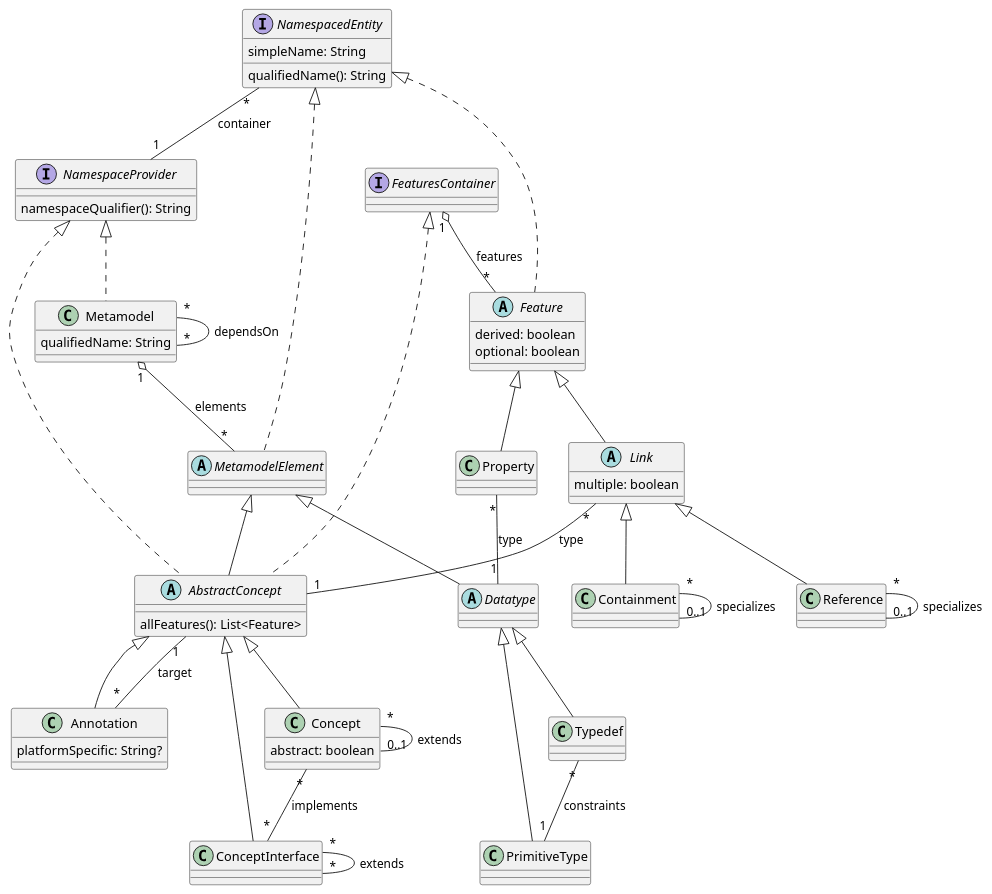
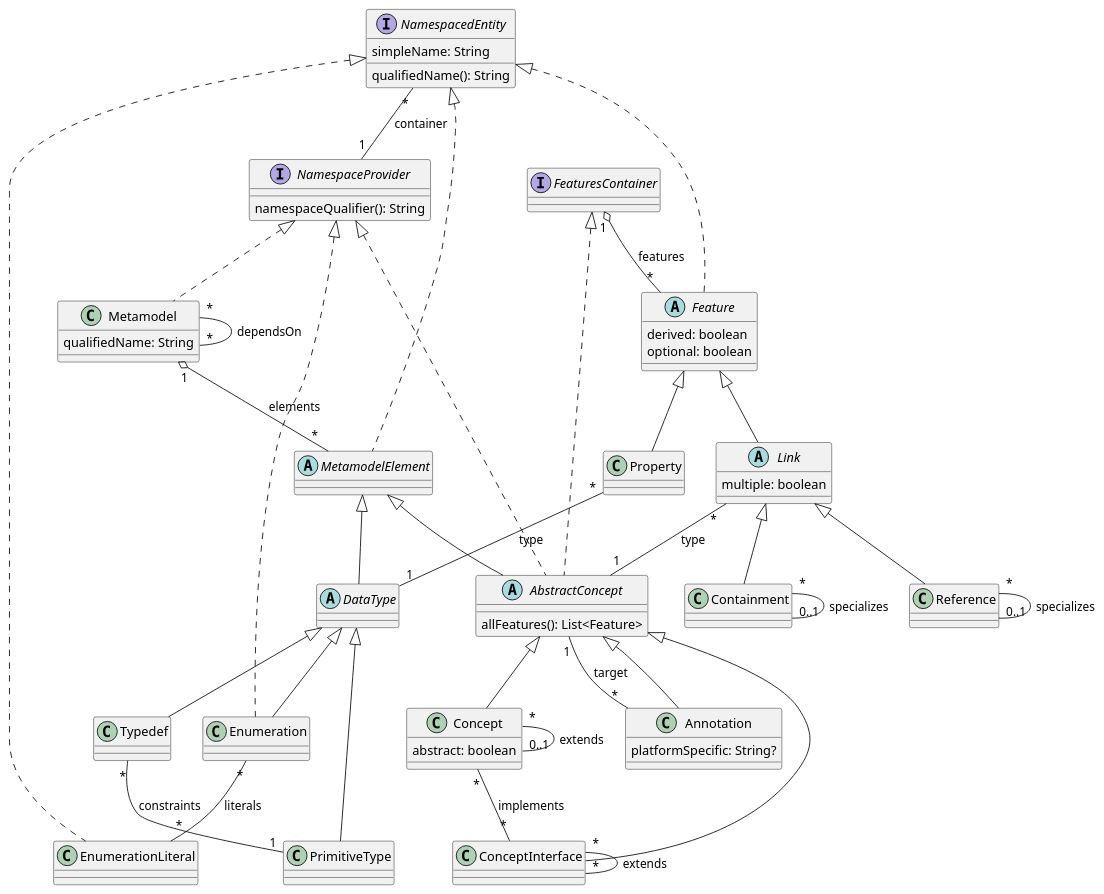
The diagram in lioncore/metametamodel.puml (LionWeb-io/specification), drawn with PlantUML before and after one commit.

Commit message:
reflected #5 (support Enums) in M3 diagram

```diff
--- a/lioncore/metametamodel.puml
+++ b/lioncore/metametamodel.puml
@@ -1,84 +1,91 @@
 @startuml
 
 
 abstract class AbstractConcept extends MetamodelElement implements FeaturesContainer, NamespaceProvider {
   allFeatures(): List<Feature>
 }
 
 class Annotation extends AbstractConcept {
   platformSpecific: String?
 }
 
 class Concept extends AbstractConcept {
   abstract: boolean
 }
 
 class ConceptInterface extends AbstractConcept
 
 class Containment extends Link
 
-abstract class Datatype extends MetamodelElement
+abstract class DataType extends MetamodelElement
 
 abstract class Feature implements NamespacedEntity {
   derived: boolean
   optional: boolean
 }
 
 interface FeaturesContainer
 
 abstract class Link extends Feature {
   multiple: boolean
 }
 
 class Metamodel implements NamespaceProvider {
   qualifiedName: String
 }
 
 abstract class MetamodelElement implements NamespacedEntity
 
 interface NamespaceProvider {
   namespaceQualifier(): String
 }
 
 interface NamespacedEntity {
   simpleName: String
   qualifiedName(): String
 }
 
-class PrimitiveType extends Datatype
+class PrimitiveType extends DataType
 
 class Property extends Feature
 
 class Reference extends Link
 
-class Typedef extends Datatype
+class Enumeration extends DataType implements NamespaceProvider
+
+class EnumerationLiteral implements NamespacedEntity
+
+class Typedef extends DataType
 
 
 ' relations:
 
 Annotation "*" -- "1" AbstractConcept: target
 
 Concept "*" -- "0..1" Concept: extends
 Concept "*" -- "*" ConceptInterface: implements
 
 ConceptInterface "*" -- "*" ConceptInterface: extends
 
 Containment "*" -- "0..1" Containment: specializes
 
 FeaturesContainer "1" o-- "*" Feature: features
 
 Link "*" -- "1" AbstractConcept: type
 
 Metamodel "1" o-- "*" MetamodelElement: elements
 Metamodel "*" -- "*" Metamodel: dependsOn
 
 NamespacedEntity "*" -- "1" NamespaceProvider: container
 
-Property "*" -- "1" Datatype: type
+Property "*" -- "1" DataType: type
 
 Reference "*" -- "0..1" Reference: specializes
+
+Enumeration "*" -- "*" EnumerationLiteral: literals
 
 Typedef "*" -- "1" PrimitiveType: constraints
 
 
+
 @enduml
```
